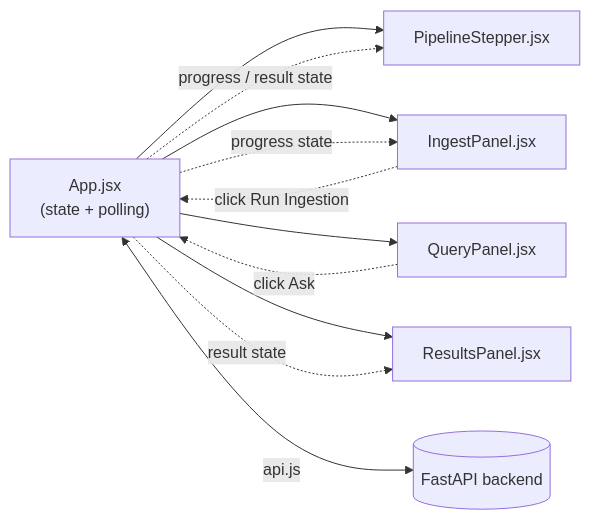
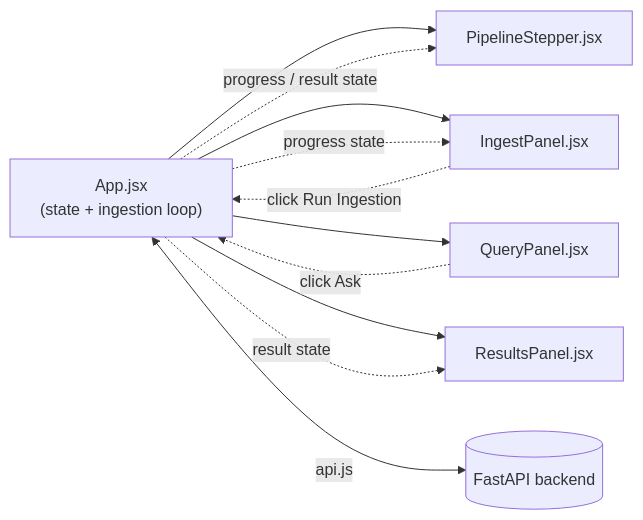
Before and after one commit to nitingawali27/rag-knowledge-explorer: the sixth of 6 diagrams in Flow_Control.md, drawn with Mermaid. The commit also changed other lines of this file and 28 other files, not shown here.

````diff
--- a/Flow_Control.md
+++ b/Flow_Control.md
@@ -194,14 +190,14 @@
 ```mermaid
 flowchart LR
-    App["App.jsx<br/>(state + polling)"] --> Stepper[PipelineStepper.jsx]
+    App["App.jsx<br/>(state + ingestion loop)"] --> Stepper[PipelineStepper.jsx]
     App --> Ingest[IngestPanel.jsx]
     App --> Query[QueryPanel.jsx]
     App --> Results[ResultsPanel.jsx]
     App <-->|api.js| Backend[("FastAPI backend")]
 
     Ingest -.click Run Ingestion.-> App
     Query -.click Ask.-> App
     App -.progress / result state.-> Stepper
     App -.progress state.-> Ingest
     App -.result state.-> Results
 ```
````
